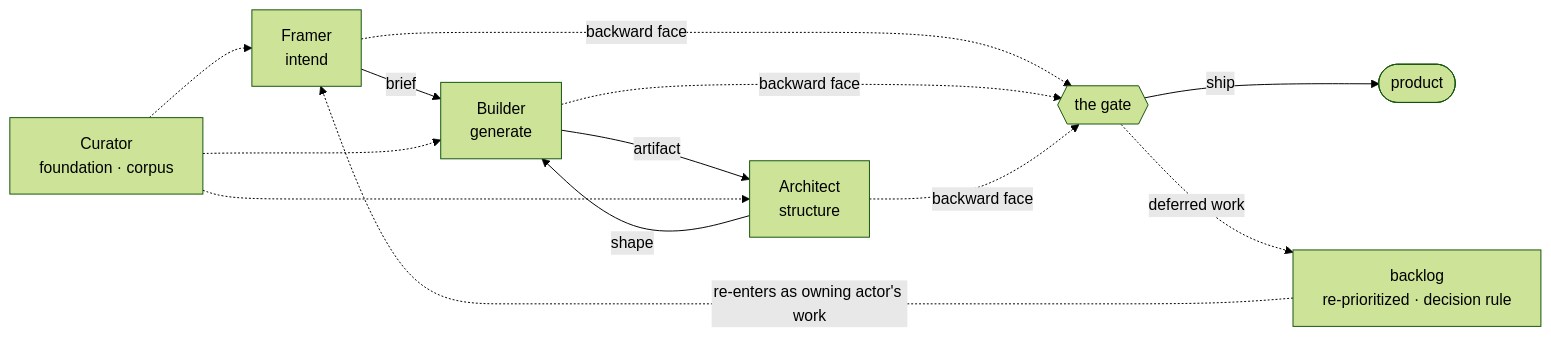
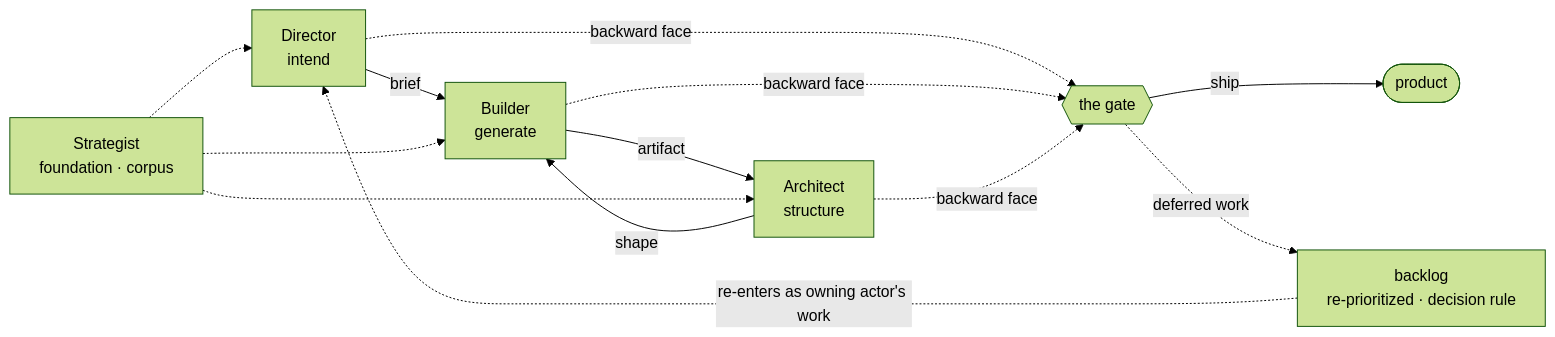
The third of 6 diagrams in artifacts/specs/motive-model/spec.md (cyberuni/cyberplace), drawn with Mermaid (forest theme) before and after one commit. The commit also changed other lines of this file and 40 other files, not shown here.

First line of the commit message:
refactor: rename actors Framer->Director and Curator->Strategist

````diff
--- a/artifacts/specs/motive-model/spec.md
+++ b/artifacts/specs/motive-model/spec.md
@@ -158,15 +158,15 @@
 ```mermaid
 flowchart LR
-    F["Framer<br/>intend"] -->|brief| B["Builder<br/>generate"]
+    F["Director<br/>intend"] -->|brief| B["Builder<br/>generate"]
     B -->|artifact| AR["Architect<br/>structure"]
     AR -->|shape| B
     F -.->|backward face| G{{"the gate"}}
     B -.->|backward face| G
     AR -.->|backward face| G
     G -->|ship| OUT(["product"])
     G -.->|"deferred work"| BL["backlog<br/>re-prioritized · decision rule"]
     BL -.->|"re-enters as owning actor's work"| F
-    C["Curator<br/>foundation · corpus"] -.-> F
+    C["Strategist<br/>foundation · corpus"] -.-> F
     C -.-> B
     C -.-> AR
 ```
````
